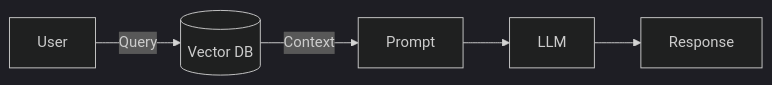
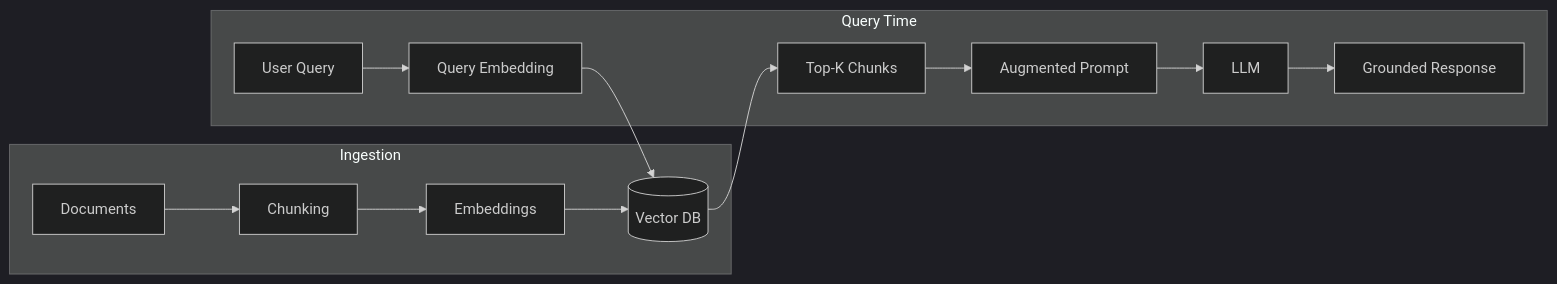
One commit to nihalgbailur/Gen_AI_100_questions changed the fourth of 8 diagrams in interview_questions_visualized.md. Above: the diagram before and after it, drawn with Mermaid (dark theme). The commit also changed other lines of this file, not shown here.

````diff
--- a/interview_questions_visualized.md
+++ b/interview_questions_visualized.md
@@ -114,7 +332,14 @@
 ```mermaid
 flowchart LR
-    User -->|Query| DB[(Vector DB)]
-    DB -->|Context| Prompt
-    Prompt --> LLM[LLM]
-    LLM --> Response
+    subgraph Ingestion
+        Doc[Documents] --> Chunk[Chunking] --> Embed[Embeddings] --> VDB[(Vector DB)]
+    end
+    subgraph Query Time
+        User[User Query] --> QEmbed[Query Embedding]
+        QEmbed --> VDB
+        VDB --> Context[Top-K Chunks]
+        Context --> Prompt[Augmented Prompt]
+        Prompt --> LLM[LLM]
+        LLM --> Response[Grounded Response]
+    end
 ```
````
